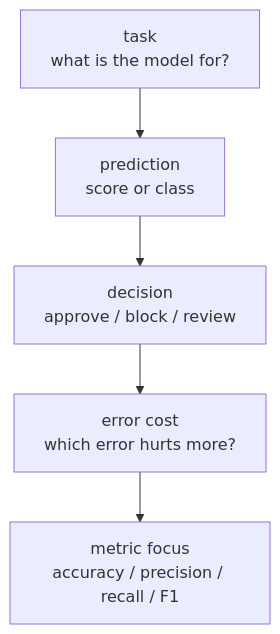
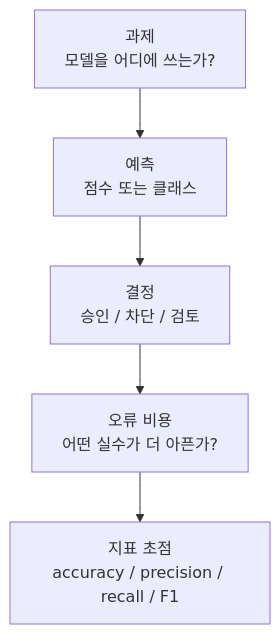
Before and after one commit to devchan64/AiBook: the first of 3 diagrams in docs/parts/part-04/chapter-06/section-01.md, drawn with Mermaid. The commit also changed other lines of this file and 72 other files, not shown here.

````diff
--- a/docs/parts/part-04/chapter-06/section-01.md
+++ b/docs/parts/part-04/chapter-06/section-01.md
@@ -52,10 +52,10 @@
 ```mermaid
 flowchart TD
-  A["task<br/>what is the model for?"]
-  B["prediction<br/>score or class"]
-  C["decision<br/>approve / block / review"]
-  D["error cost<br/>which error hurts more?"]
-  E["metric focus<br/>accuracy / precision / recall / F1"]
+  A["과제<br/>모델을 어디에 쓰는가?"]
+  B["예측<br/>점수 또는 클래스"]
+  C["결정<br/>승인 / 차단 / 검토"]
+  D["오류 비용<br/>어떤 실수가 더 아픈가?"]
+  E["지표 초점<br/>accuracy / precision / recall / F1"]
 
   A --> B --> C --> D --> E
 ```
````
